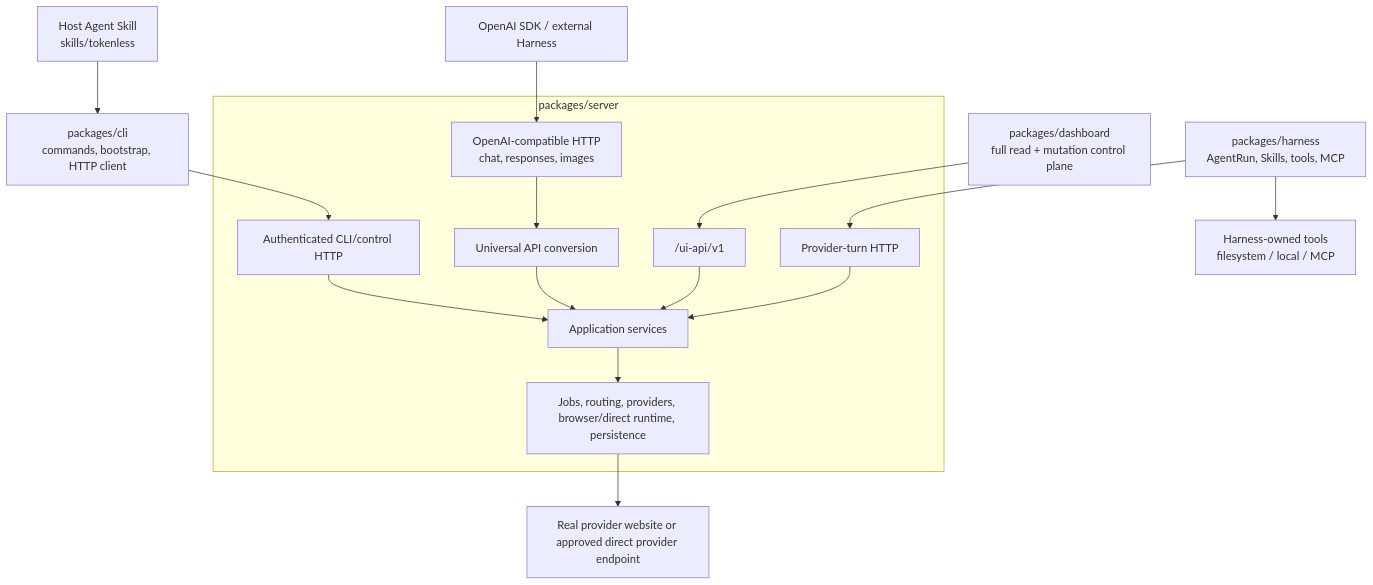
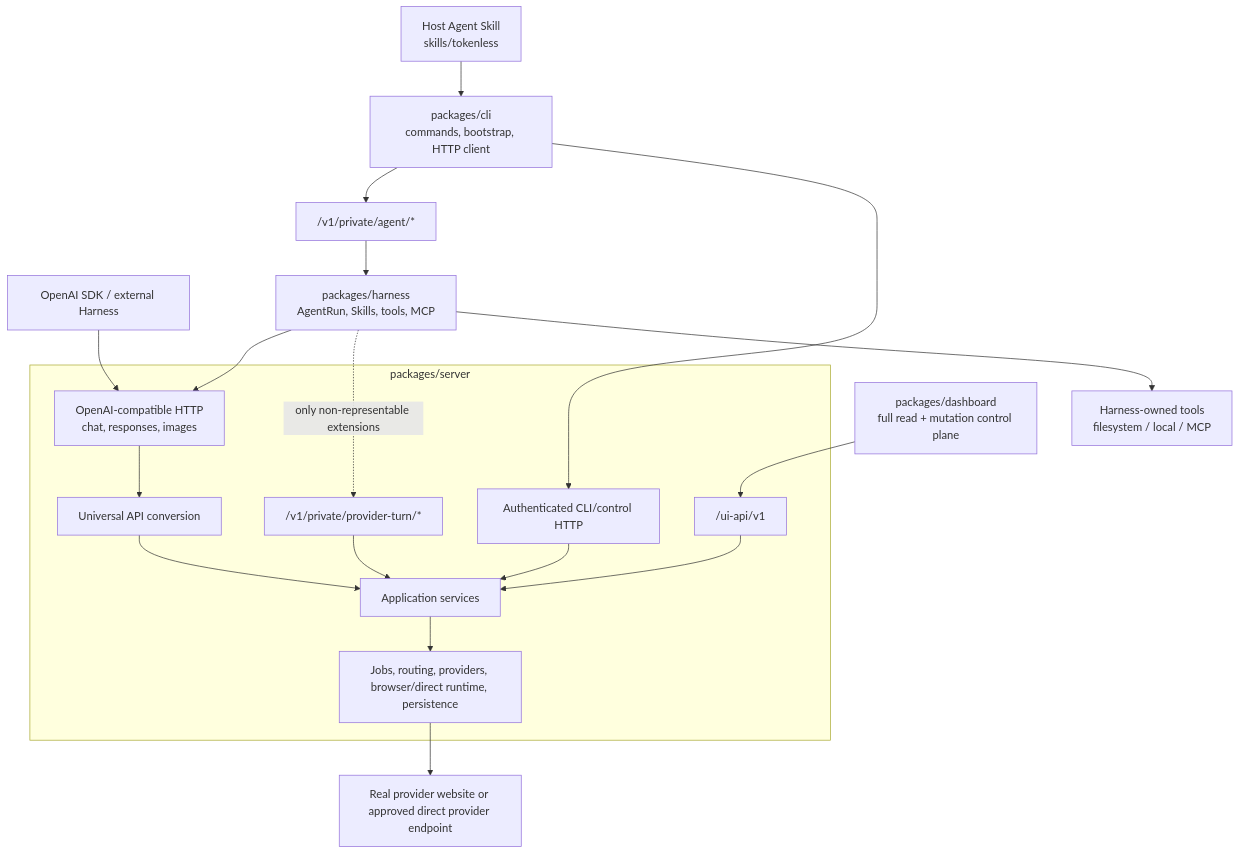
One commit to jazelly/tokenless changed the diagram in docs/architecture.md. Above: the diagram before and after it, drawn with Mermaid. The commit also changed other lines of this file and 79 other files, not shown here.

Commit message:
refactor(api): namespace private contracts and routes

````diff
--- a/docs/architecture.md
+++ b/docs/architecture.md
@@ -11,23 +11,26 @@
 ```mermaid
 flowchart TB
   Skill["Host Agent Skill<br/>skills/tokenless"] --> CLI
-  CLI["packages/cli<br/>commands, bootstrap, HTTP client"] --> Control["Authenticated CLI/control HTTP"]
+  CLI["packages/cli<br/>commands, bootstrap, HTTP client"] --> AgentAPI["/v1/private/agent/*"]
+  CLI --> Control["Authenticated CLI/control HTTP"]
   Dashboard["packages/dashboard<br/>full read + mutation control plane"] --> UIAPI["/ui-api/v1"]
   External["OpenAI SDK / external Harness"] --> API["OpenAI-compatible HTTP<br/>chat, responses, images"]
-  Harness["packages/harness<br/>AgentRun, Skills, tools, MCP"] --> Turn["Provider-turn HTTP"]
+  AgentAPI --> Harness["packages/harness<br/>AgentRun, Skills, tools, MCP"]
+  Harness --> API
+  Harness -. "only non-representable extensions" .-> PrivateTurn["/v1/private/provider-turn/*"]
 
   subgraph Server["packages/server"]
     Control --> Application["Application services"]
     UIAPI --> Application
     API --> Universal["Universal API conversion"]
-    Turn --> Application
+    PrivateTurn --> Application
     Universal --> Application
     Application --> Provider["Jobs, routing, providers, browser/direct runtime, persistence"]
   end
 
   Browser["Real provider website or approved direct provider endpoint"]
   Tools["Harness-owned tools<br/>filesystem / local / MCP"]
 
   Harness --> Tools
   Provider --> Browser
 ```
````
